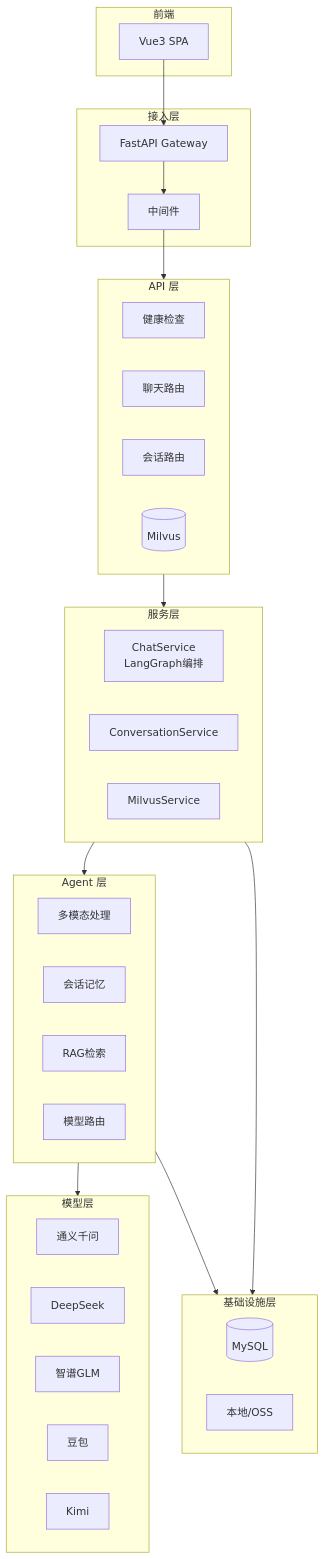
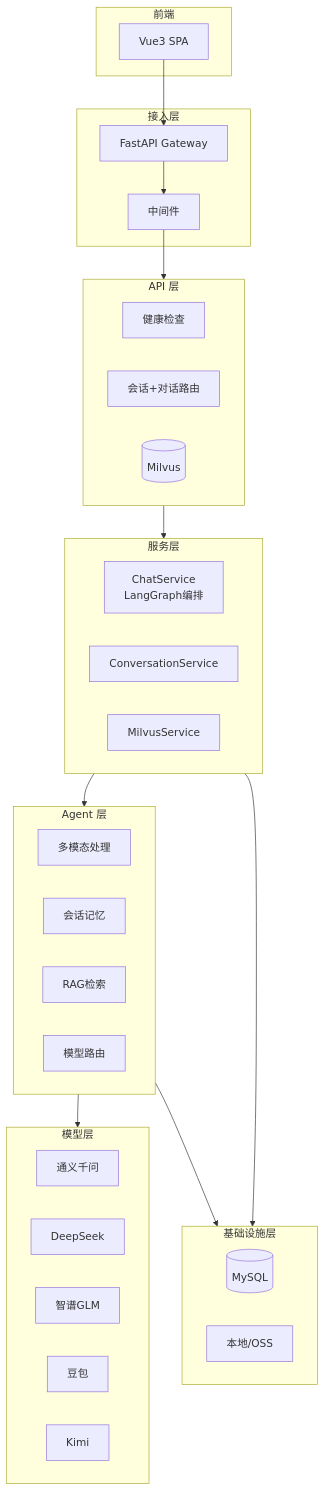
One commit to chain-engine/x-XiChuang changed the second of 3 diagrams in README.md. Above: the diagram before and after it, drawn with Mermaid. The commit also changed other lines of this file and 64 other files, not shown here.

````diff
--- a/README.md
+++ b/README.md
@@ -259,54 +256,53 @@
 ```mermaid
 graph TB
     subgraph P[前端]
         WEB[Vue3 SPA]
     end
 
     subgraph A[接入层]
         FASTAPI[FastAPI Gateway]
         MIDDLEWARE[中间件]
     end
 
     subgraph API[API 层]
         HEALTH[健康检查]
-        CHAT[聊天路由]
-        CONV[会话路由]
+        CONV[会话+对话路由]
         MILVUS[Milvus路由]
     end
 
     subgraph SVC[服务层]
         CHAT_SVC[ChatService<br/>LangGraph编排]
         CONV_SVC[ConversationService]
         MILVUS_SVC[MilvusService]
     end
 
     subgraph AGENT[Agent 层]
         MULTIMODAL[多模态处理]
         MEMORY[会话记忆]
         KNOWLEDGE[RAG检索]
         MODEL[模型路由]
     end
 
     subgraph INFRA[基础设施层]
         MYSQL[(MySQL)]
         MILVUS[(Milvus)]
         STORAGE[本地/OSS]
     end
 
     subgraph LLM[模型层]
         TONGYI[通义千问]
         DEEPSEEK[DeepSeek]
         GLM[智谱GLM]
         DOUBAO[豆包]
         KIMI[Kimi]
     end
 
     WEB --> FASTAPI
     FASTAPI --> MIDDLEWARE
     MIDDLEWARE --> API
     API --> SVC
     SVC --> AGENT
     AGENT --> LLM
     SVC --> INFRA
     AGENT --> INFRA
 ```
````
